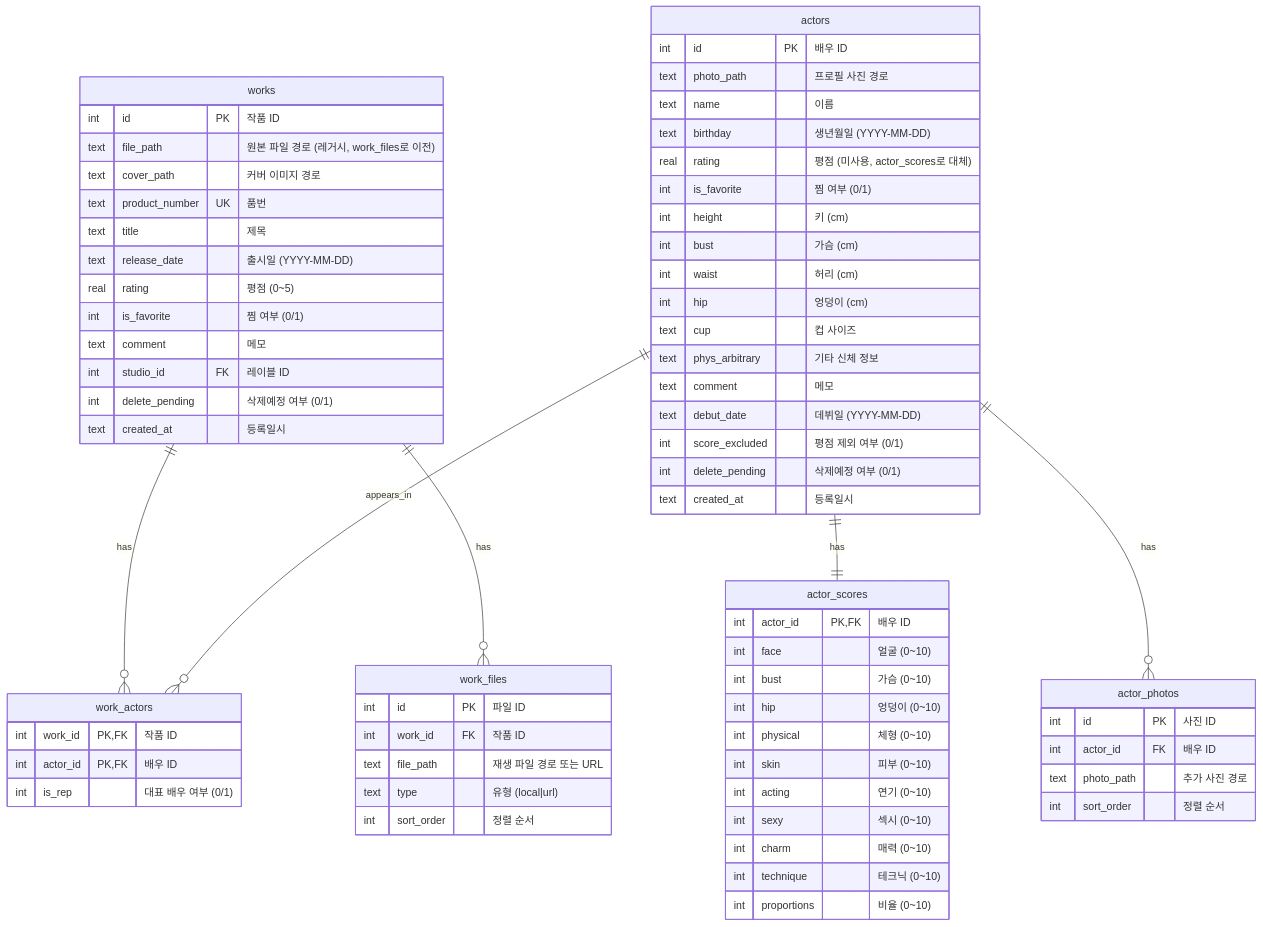
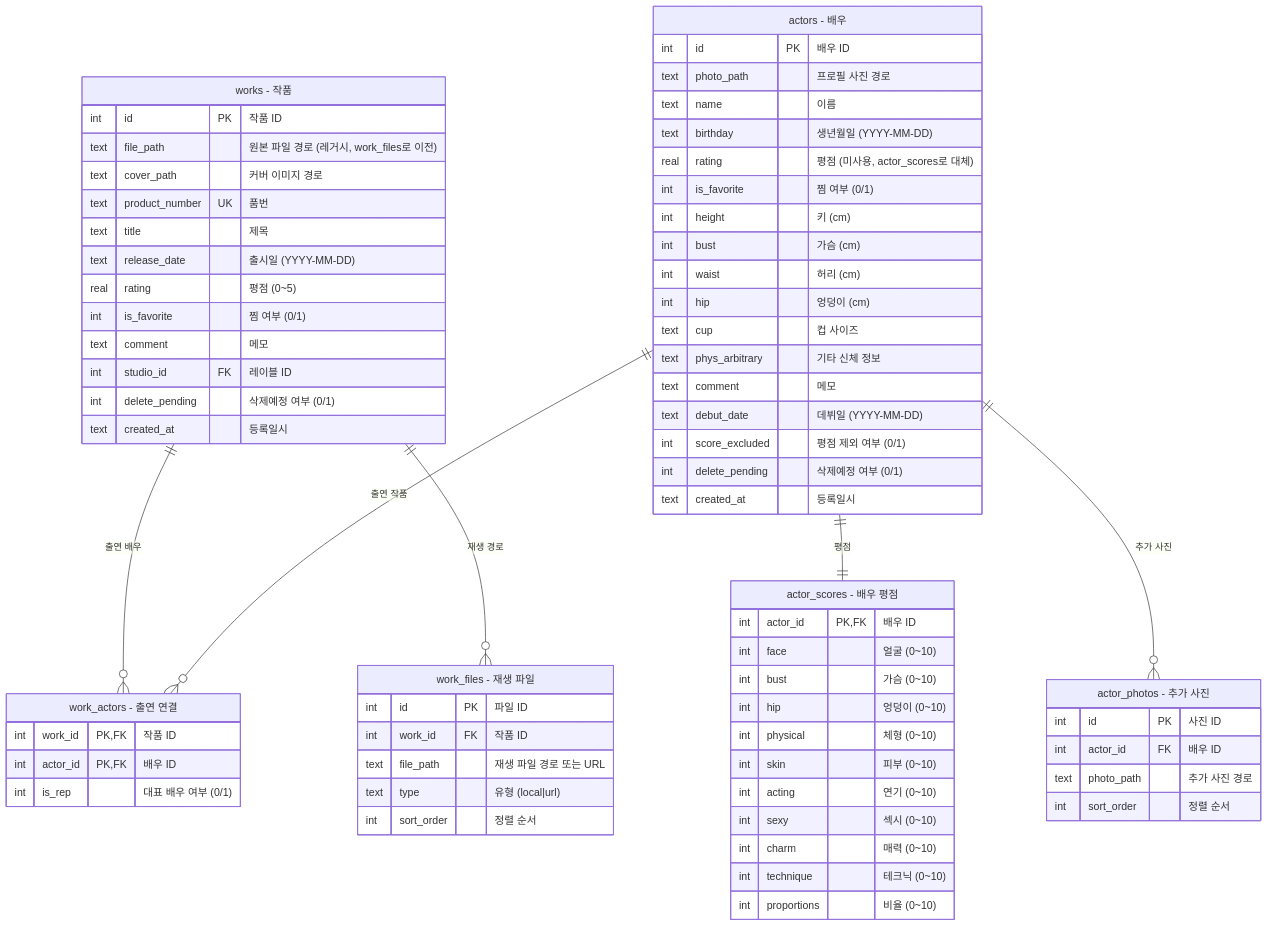
The diagram in erd/works-actors.md (swimbird84/amng), drawn with Mermaid before and after one commit. The commit also changed 5 other files, not shown here.

Commit message:
docs: ERD 테이블/관계 한글 설명 추가 및 overview 추가

````diff
--- a/erd/works-actors.md
+++ b/erd/works-actors.md
@@ -3,73 +3,73 @@
 ```mermaid
 erDiagram
-    works {
+    works["works - 작품"] {
         int id PK "작품 ID"
         text file_path "원본 파일 경로 (레거시, work_files로 이전)"
         text cover_path "커버 이미지 경로"
         text product_number UK "품번"
         text title "제목"
         text release_date "출시일 (YYYY-MM-DD)"
         real rating "평점 (0~5)"
         int is_favorite "찜 여부 (0/1)"
         text comment "메모"
         int studio_id FK "레이블 ID"
         int delete_pending "삭제예정 여부 (0/1)"
         text created_at "등록일시"
     }
-    actors {
+    actors["actors - 배우"] {
         int id PK "배우 ID"
         text photo_path "프로필 사진 경로"
         text name "이름"
         text birthday "생년월일 (YYYY-MM-DD)"
         real rating "평점 (미사용, actor_scores로 대체)"
         int is_favorite "찜 여부 (0/1)"
         int height "키 (cm)"
         int bust "가슴 (cm)"
         int waist "허리 (cm)"
         int hip "엉덩이 (cm)"
         text cup "컵 사이즈"
         text phys_arbitrary "기타 신체 정보"
         text comment "메모"
         text debut_date "데뷔일 (YYYY-MM-DD)"
         int score_excluded "평점 제외 여부 (0/1)"
         int delete_pending "삭제예정 여부 (0/1)"
         text created_at "등록일시"
     }
-    work_actors {
+    work_actors["work_actors - 출연 연결"] {
         int work_id PK,FK "작품 ID"
         int actor_id PK,FK "배우 ID"
         int is_rep "대표 배우 여부 (0/1)"
     }
-    work_files {
+    work_files["work_files - 재생 파일"] {
         int id PK "파일 ID"
         int work_id FK "작품 ID"
         text file_path "재생 파일 경로 또는 URL"
         text type "유형 (local|url)"
         int sort_order "정렬 순서"
     }
-    actor_scores {
+    actor_scores["actor_scores - 배우 평점"] {
         int actor_id PK,FK "배우 ID"
         int face "얼굴 (0~10)"
         int bust "가슴 (0~10)"
         int hip "엉덩이 (0~10)"
         int physical "체형 (0~10)"
         int skin "피부 (0~10)"
         int acting "연기 (0~10)"
         int sexy "섹시 (0~10)"
         int charm "매력 (0~10)"
         int technique "테크닉 (0~10)"
         int proportions "비율 (0~10)"
     }
-    actor_photos {
+    actor_photos["actor_photos - 추가 사진"] {
         int id PK "사진 ID"
         int actor_id FK "배우 ID"
         text photo_path "추가 사진 경로"
         int sort_order "정렬 순서"
     }
 
-    works ||--o{ work_actors : "has"
-    actors ||--o{ work_actors : "appears_in"
-    works ||--o{ work_files : "has"
-    actors ||--|| actor_scores : "has"
-    actors ||--o{ actor_photos : "has"
+    works ||--o{ work_actors : "출연 배우"
+    actors ||--o{ work_actors : "출연 작품"
+    works ||--o{ work_files : "재생 경로"
+    actors ||--|| actor_scores : "평점"
+    actors ||--o{ actor_photos : "추가 사진"
 ```
````
